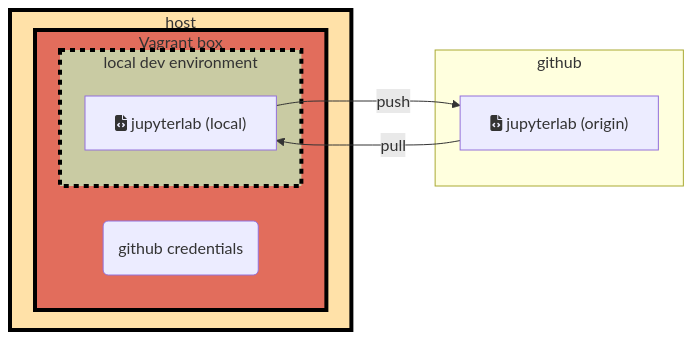
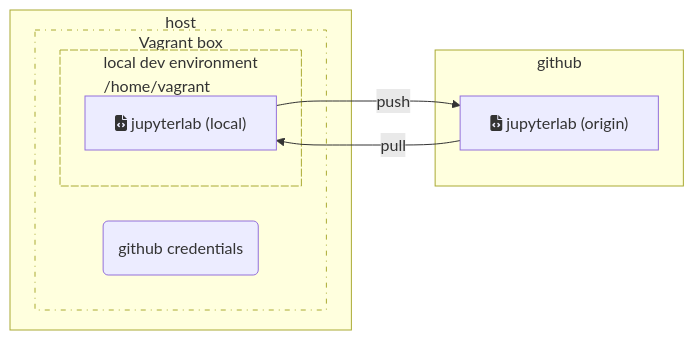
One commit to markgreene74/jupyterlab-local-dev-with-vagrant changed the second of 3 diagrams in README.md. Above: the diagram before and after it, drawn with Mermaid. The commit also changed other lines of this file, not shown here.

Commit message:
improve diagrams readability

````diff
--- a/README.md
+++ b/README.md
@@ -137,18 +136,17 @@
 ```mermaid
 graph LR
     subgraph host
-        subgraph vagrant["Vagrant box"]
+        subgraph vagrant["Vagrant box<div></div> "]
             gh("github credentials")
-            subgraph localdev["local dev environment"]
+            subgraph localdev["local dev environment<div></div>/home/vagrant"]
             clone["fa:fa-file-code jupyterlab (local)"]
-            style localdev fill:#c9cba3,stroke:#000,stroke-width:4px,stroke-dasharray: 5 5
-            style vagrant  fill:#e26d5c,stroke:#000,stroke-width:4px
-            style host     fill:#ffe1a8,stroke:#000,stroke-width:4px
+            style localdev stroke-dasharray: 8 2
+            style vagrant  stroke-dasharray: 5 5 1 5
             end
         end
     end
     subgraph github
         repo["fa:fa-file-code jupyterlab (origin)"] --pull--> clone
         clone --push--> repo
     end
 ```
````
